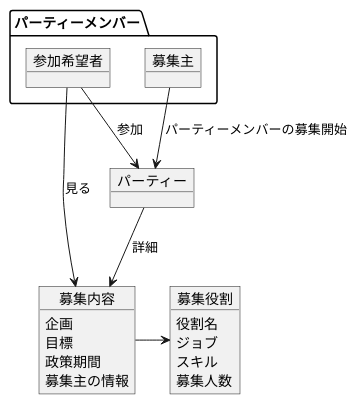
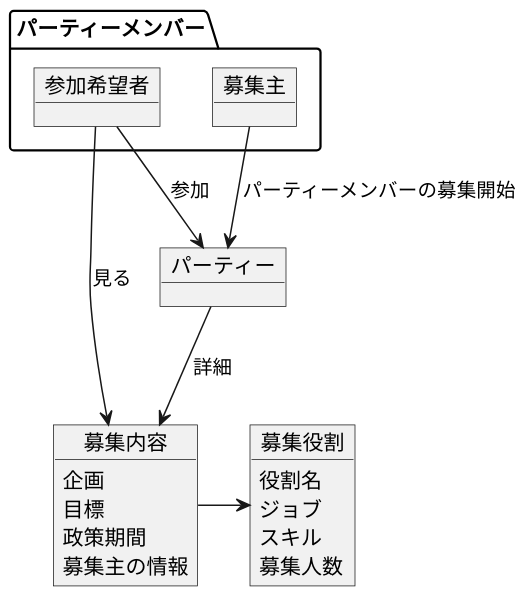
One commit to 44x1carbon/oic-rpg-doc changed the first of 2 diagrams in design/overview.puml.md. Above: the diagram before and after it, drawn with PlantUML. The commit also changed other lines of this file, not shown here.

Commit message:
図のサイズを変更

````diff
--- a/design/overview.puml.md
+++ b/design/overview.puml.md
@@ -5,29 +5,30 @@
 ```uml
 @startuml
+scale 1.5
 
 object 募集内容 {
     企画
     目標
     政策期間
     募集主の情報
 }
 object 募集役割 {
     役割名
     ジョブ
     スキル
     募集人数
 }
 package パーティーメンバー {
     object 参加希望者
     object 募集主
 }
 object パーティー
 
 参加希望者 -do-> 募集内容: 見る
 参加希望者 --> パーティー: 参加
 募集主 --> パーティー: パーティーメンバーの募集開始
 パーティー --> 募集内容: 詳細
 募集内容 -> 募集役割
 
 @enduml
 ```
````
